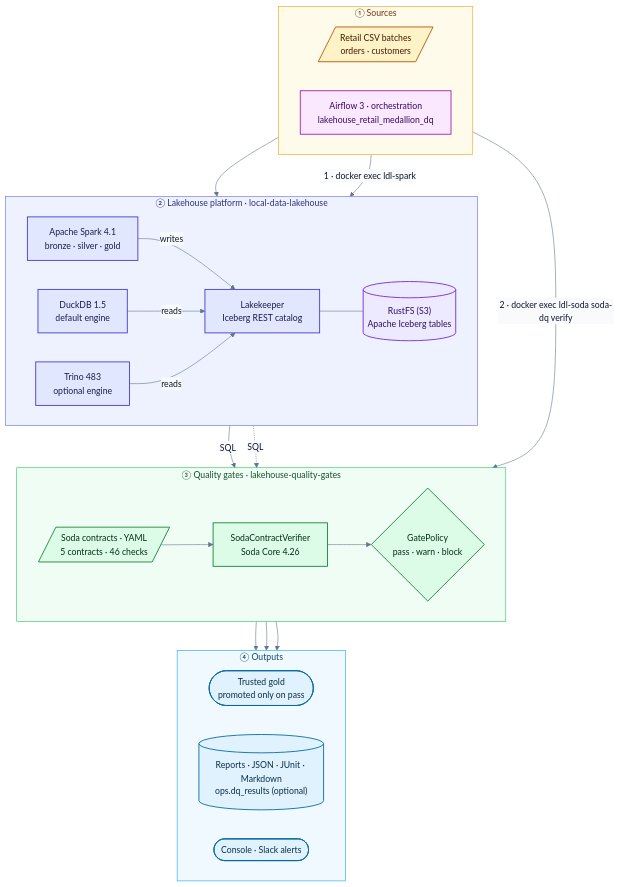
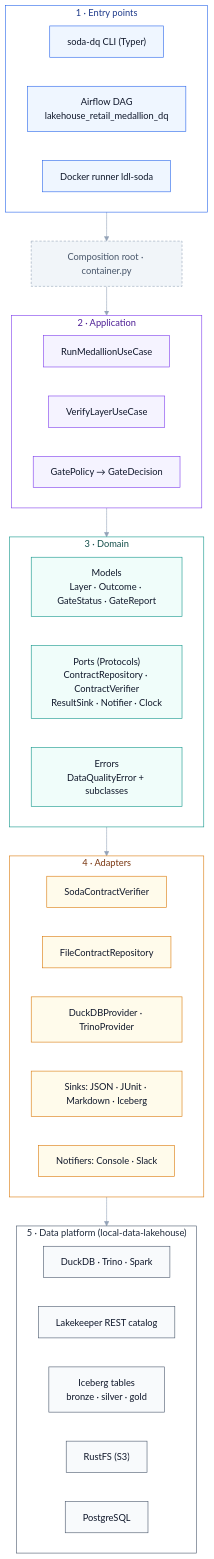
One commit to santoshshinde2012/lakehouse-quality-gates changed the first of 2 diagrams in README.md. Above: the diagram before and after it, drawn with Mermaid. The commit also changed other lines of this file and 9 other files, not shown here.

Commit message:
docs: layered reference architecture

````diff
--- a/README.md
+++ b/README.md
@@ -59,58 +71,51 @@
 ```mermaid
-%%{init: {"theme": "base", "themeVariables": {"fontFamily": "Inter, Segoe UI, Helvetica, Arial, sans-serif", "fontSize": "15px", "lineColor": "#64748b", "primaryTextColor": "#0f172a", "edgeLabelBackground": "#f8fafc"}}}%%
+%%{init: {"theme": "base", "themeVariables": {"fontFamily": "Inter, Segoe UI, Helvetica, Arial, sans-serif", "lineColor": "#94a3b8", "primaryTextColor": "#0f172a"}}}%%
 flowchart TB
-  subgraph SRC["① Sources"]
+  subgraph L1["1 · Entry points"]
     direction LR
-    CSV[/"Retail CSV batches<br/>orders · customers"/]:::src
-    AF["Airflow 3 · orchestration<br/>lakehouse_retail_medallion_dq"]:::orch
+    CLI["soda-dq CLI (Typer)"]:::l1
+    DAG["Airflow DAG<br/>lakehouse_retail_medallion_dq"]:::l1
+    DOCK["Docker runner ldl-soda"]:::l1
   end
-
-  subgraph PLAT["② Lakehouse platform · local-data-lakehouse"]
+  CR["Composition root · container.py"]:::cr
+  subgraph L2["2 · Application"]
     direction LR
-    SPARK["Apache Spark 4.1<br/>bronze · silver · gold"]:::plat
-    LK["Lakekeeper<br/>Iceberg REST catalog"]:::plat
-    S3[("RustFS (S3)<br/>Apache Iceberg tables")]:::store
-    DUCK["DuckDB 1.5<br/>default engine"]:::plat
-    TRINO["Trino 483<br/>optional engine"]:::plat
-    SPARK -- writes --> LK
-    LK --- S3
-    DUCK -- reads --> LK
-    TRINO -- reads --> LK
+    RM["RunMedallionUseCase"]:::l2
+    VL["VerifyLayerUseCase"]:::l2
+    GP["GatePolicy → GateDecision"]:::l2
   end
-
-  subgraph QG["③ Quality gates · lakehouse-quality-gates"]
+  subgraph L3["3 · Domain"]
     direction LR
-    C[/"Soda contracts · YAML<br/>5 contracts · 46 checks"/]:::gate
-    V["SodaContractVerifier<br/>Soda Core 4.26"]:::gate
-    P{"GatePolicy<br/>pass · warn · block"}:::gate
-    C --> V --> P
+    MOD["Models<br/>Layer · Outcome · GateStatus · GateReport"]:::l3
+    PORT["Ports (Protocols)<br/>ContractRepository · ContractVerifier<br/>ResultSink · Notifier · Clock"]:::l3
+    ERR["Errors<br/>DataQualityError + subclasses"]:::l3
   end
-
-  subgraph OUT["④ Outputs"]
+  subgraph L4["4 · Adapters"]
     direction LR
-    BI(["Trusted gold<br/>promoted only on pass"]):::out
-    REP[("Reports · JSON · JUnit · Markdown<br/>ops.dq_results (optional)")]:::out
-    NOTE(["Console · Slack alerts"]):::out
+    SV["SodaContractVerifier"]:::l4
+    FR["FileContractRepository"]:::l4
+    DP["DuckDBProvider · TrinoProvider"]:::l4
+    SK["Sinks: JSON · JUnit · Markdown · Iceberg"]:::l4
+    NT["Notifiers: Console · Slack"]:::l4
   end
-
-  CSV --> SPARK
-  AF -- "1 · docker exec ldl-spark" --> SPARK
-  AF -- "2 · docker exec ldl-soda soda-dq verify" --> V
-  DUCK -- "SQL" --> V
-  TRINO -. "SQL" .-> V
-  P --> BI
-  P --> REP
-  P --> NOTE
-
-  classDef src fill:#fef3c7,stroke:#b45309,stroke-width:1.5px,color:#451a03
-  classDef plat fill:#e0e7ff,stroke:#4338ca,stroke-width:1.5px,color:#1e1b4b
-  classDef store fill:#ede9fe,stroke:#6d28d9,stroke-width:1.5px,color:#2e1065
-  classDef gate fill:#dcfce7,stroke:#15803d,stroke-width:1.5px,color:#052e16
-  classDef orch fill:#fae8ff,stroke:#a21caf,stroke-width:1.5px,color:#3b0764
-  classDef out fill:#e0f2fe,stroke:#0369a1,stroke-width:1.5px,color:#082f49
-  style SRC fill:#fffbeb,stroke:#f59e0b,color:#78350f
-  style PLAT fill:#eef2ff,stroke:#6366f1,color:#312e81
-  style QG fill:#f0fdf4,stroke:#22c55e,color:#14532d
-
-  style OUT fill:#f0f9ff,stroke:#0ea5e9,color:#0c4a6e
+  subgraph L5["5 · Data platform (local-data-lakehouse)"]
+    direction LR
+    QE["DuckDB · Trino · Spark"]:::l5
+    LK["Lakekeeper REST catalog"]:::l5
+    IT["Iceberg tables<br/>bronze · silver · gold"]:::l5
+    S3["RustFS (S3)"]:::l5
+    PG["PostgreSQL"]:::l5
+  end
+  L1 --> CR --> L2 --> L3 --> L4 --> L5
+  classDef l1 fill:#eff6ff,stroke:#2563eb,color:#0f172a
+  classDef l2 fill:#f5f3ff,stroke:#7c3aed,color:#0f172a
+  classDef l3 fill:#f0fdfa,stroke:#0d9488,color:#0f172a
+  classDef l4 fill:#fffbeb,stroke:#d97706,color:#0f172a
+  classDef l5 fill:#f8fafc,stroke:#475569,color:#0f172a
+  classDef cr fill:#f1f5f9,stroke:#94a3b8,color:#475569,stroke-dasharray:4 3
+  style L1 fill:#ffffff,stroke:#2563eb,color:#1e3a8a
+  style L2 fill:#ffffff,stroke:#7c3aed,color:#4c1d95
+  style L3 fill:#ffffff,stroke:#0d9488,color:#134e4a
+  style L4 fill:#ffffff,stroke:#d97706,color:#78350f
+  style L5 fill:#ffffff,stroke:#475569,color:#1e293b
 ```
````
